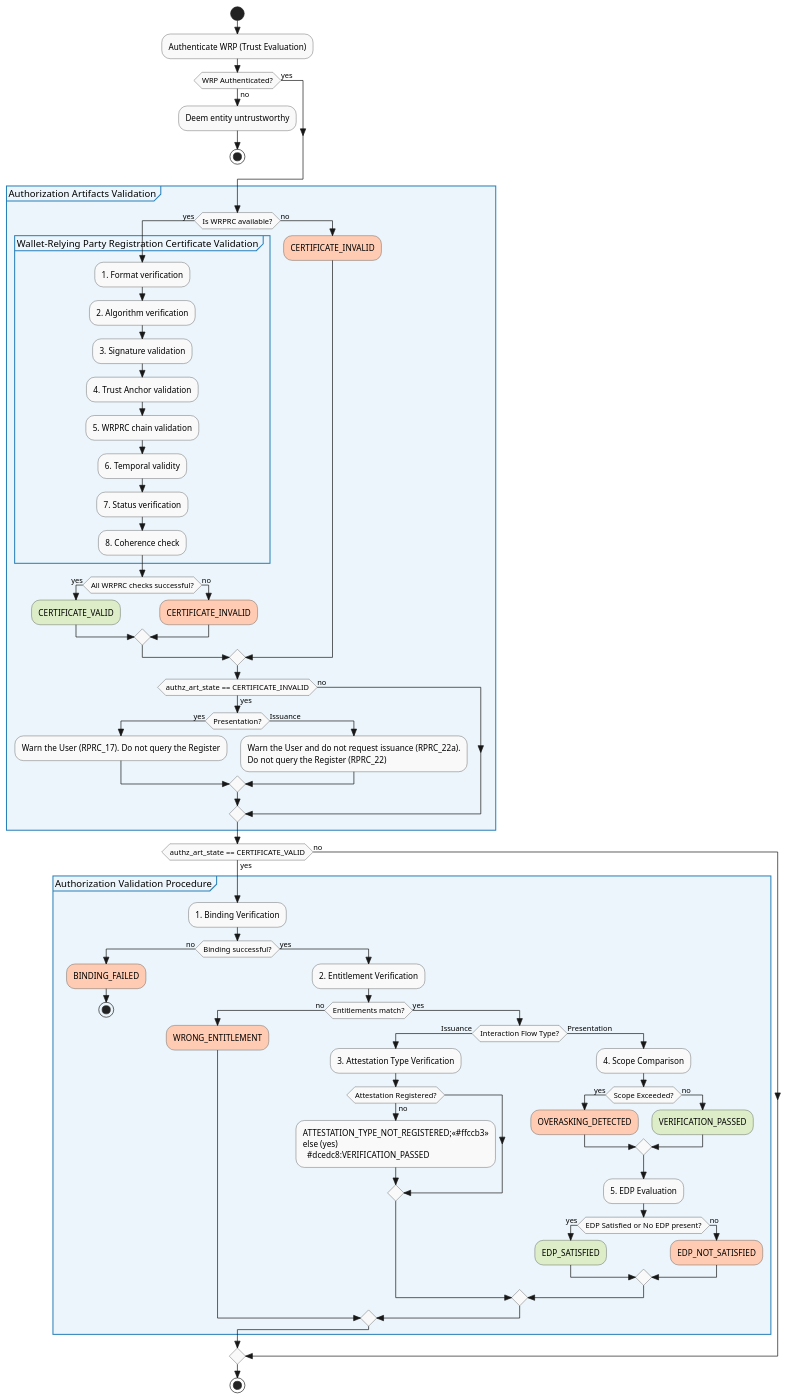
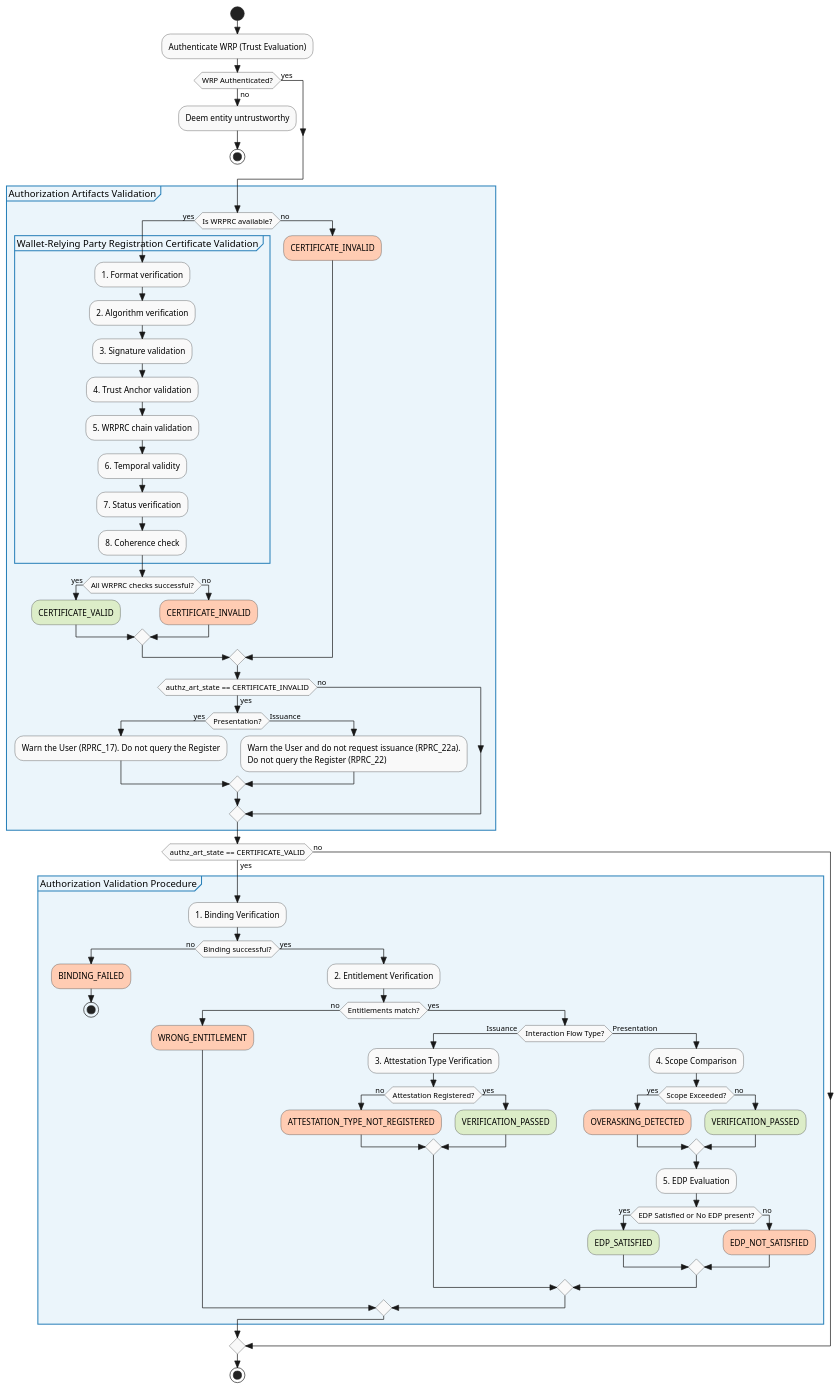
Before and after one commit to italia/eid-wallet-it-docs: the diagram in docs/en/plantuml/eudiw-authz-eval.puml, drawn with PlantUML. The commit also changed 3 other files, not shown here.

```diff
--- a/docs/en/plantuml/eudiw-authz-eval.puml
+++ b/docs/en/plantuml/eudiw-authz-eval.puml
@@ -1,98 +1,98 @@
 @startuml
 skinparam style strictuml
 skinparam ActivityBackgroundColor #F9F9F9
 skinparam ActivityBorderColor #333333
 skinparam PartitionBackgroundColor #EBF5FB
 skinparam PartitionBorderColor #2980B9
 skinparam NoteBackgroundColor #FEF9E7
 
 start
 
 :Authenticate WRP (Trust Evaluation);
 if (WRP Authenticated?) then (no)
   :Deem entity untrustworthy;
   stop
 else (yes)
 endif
 
 partition "Authorization Artifacts Validation" {
   if (Is WRPRC available?) then (yes)
     group "Wallet-Relying Party Registration Certificate Validation" {
       :1. Format verification;
       :2. Algorithm verification;
       :3. Signature validation;
       :4. Trust Anchor validation;
       :5. WRPRC chain validation;
       :6. Temporal validity;
       :7. Status verification;
       :8. Coherence check;
     }
     
     if (All WRPRC checks successful?) then (yes)
       #dcedc8:CERTIFICATE_VALID;
     else (no)
       #ffccb3:CERTIFICATE_INVALID;
     endif
   else (no)
     #ffccb3:CERTIFICATE_INVALID;
   endif
 
   if (authz_art_state == CERTIFICATE_INVALID) then (yes)
     if (Presentation?) then (yes)
       :Warn the User (RPRC_17). Do not query the Register;
     else (Issuance)
       :Warn the User and do not request issuance (RPRC_22a).\nDo not query the Register (RPRC_22);
     endif
   else (no)
   endif
 }
 
 if (authz_art_state == CERTIFICATE_VALID) then (yes)
   partition "Authorization Validation Procedure" {
     
     :1. Binding Verification;
     
     if (Binding successful?) then (no)
       #ffccb3:BINDING_FAILED;
       stop
     else (yes)
       :2. Entitlement Verification;
       
       if (Entitlements match?) then (no)
         #ffccb3:WRONG_ENTITLEMENT;
       else (yes)
         
         if (Interaction Flow Type?) then (Issuance)
           :3. Attestation Type Verification;
           
           if (Attestation Registered?) then (no)
-            :ATTESTATION_TYPE_NOT_REGISTERED;<<#ffccb3>>
+            #ffccb3:ATTESTATION_TYPE_NOT_REGISTERED;
           else (yes)
             #dcedc8:VERIFICATION_PASSED;
           endif
           
         else (Presentation)
           :4. Scope Comparison;
           
           if (Scope Exceeded?) then (yes)
             #ffccb3:OVERASKING_DETECTED;
           else (no)
             #dcedc8:VERIFICATION_PASSED;
           endif
           
           :5. EDP Evaluation;
           
           if (EDP Satisfied or No EDP present?) then (yes)
             #dcedc8:EDP_SATISFIED;
           else (no)
             #ffccb3:EDP_NOT_SATISFIED;
           endif
         endif
       endif
     endif
   }
 else (no)
 endif
 
 stop
 @enduml
```
